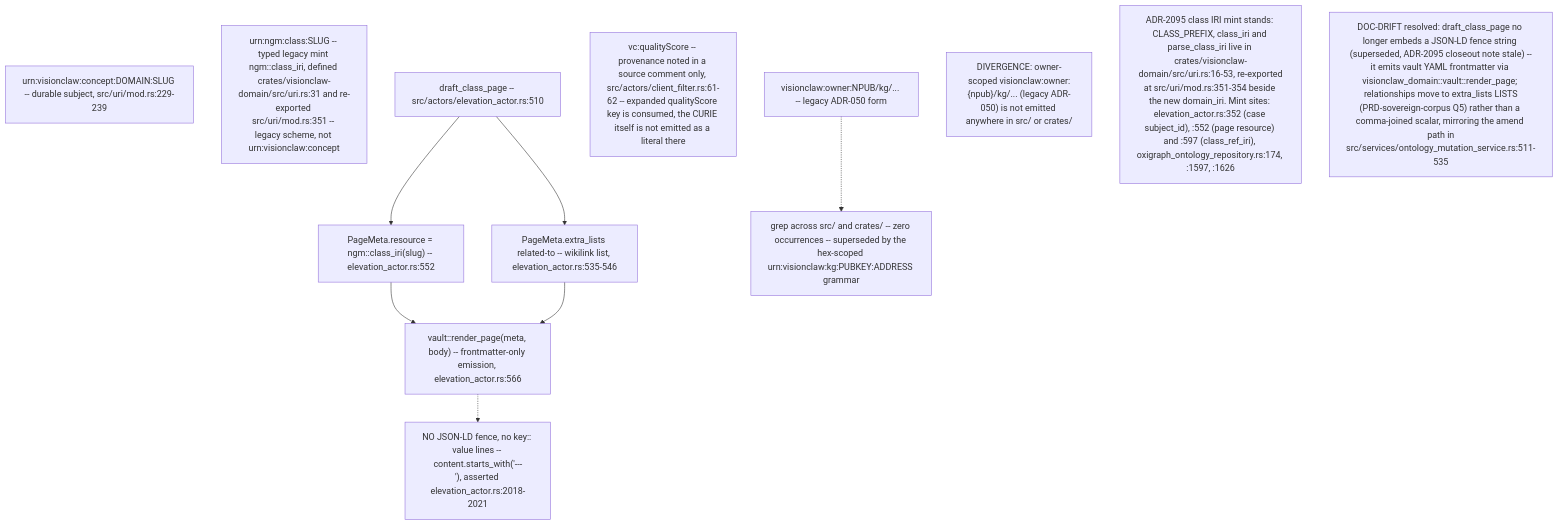
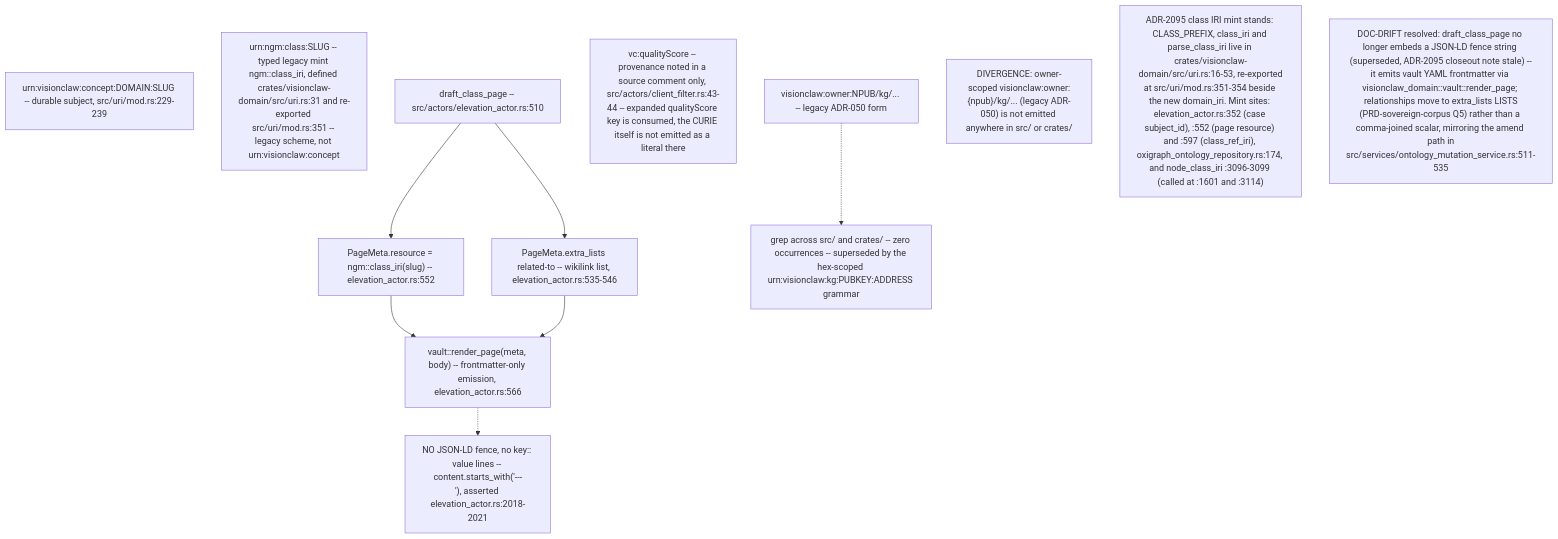
Before and after one commit to DreamLab-AI/VisionFlow: the ninth of 10 diagrams in docs/diagrams/visionclaw/23-identifiers-urn-did-sha12.md, drawn with Mermaid. The commit also changed other lines of this file and 56 other files, not shown here.

First line of the commit message:
docs(diagrams): re-verify VisionClaw topics at ec785afa9, add VC-19/56/57 and the VisionClaw register

````diff
--- a/docs/diagrams/visionclaw/23-identifiers-urn-did-sha12.md
+++ b/docs/diagrams/visionclaw/23-identifiers-urn-did-sha12.md
@@ -320,16 +328,16 @@
 ```mermaid
 flowchart TD
     Concept["urn:visionclaw:concept:DOMAIN:SLUG -- durable subject, src/uri/mod.rs:229-239"]
     LegacyClass["urn:ngm:class:SLUG -- typed legacy mint ngm::class_iri, defined crates/visionclaw-domain/src/uri.rs:31 and re-exported src/uri/mod.rs:351 -- legacy scheme, not urn:visionclaw:concept"]
     Draft["draft_class_page -- src/actors/elevation_actor.rs:510"] --> Meta["PageMeta.resource = ngm::class_iri(slug) -- elevation_actor.rs:552"]
     Draft --> Lists["PageMeta.extra_lists related-to -- wikilink list, elevation_actor.rs:535-546"]
     Meta --> Render["vault::render_page(meta, body) -- frontmatter-only emission, elevation_actor.rs:566"]
     Lists --> Render
     Render -.-> NoFence["NO JSON-LD fence, no key:: value lines -- content.starts_with('---\n'), asserted elevation_actor.rs:2018-2021"]
-    QS["vc:qualityScore -- provenance noted in a source comment only, src/actors/client_filter.rs:61-62 -- expanded qualityScore key is consumed, the CURIE itself is not emitted as a literal there"]
+    QS["vc:qualityScore -- provenance noted in a source comment only, src/actors/client_filter.rs:43-44 -- expanded qualityScore key is consumed, the CURIE itself is not emitted as a literal there"]
     OwnerScoped["visionclaw:owner:NPUB/kg/... -- legacy ADR-050 form"] -.-> Absent["grep across src/ and crates/ -- zero occurrences -- superseded by the hex-scoped urn:visionclaw:kg:PUBKEY:ADDRESS grammar"]
 
     DivB["DIVERGENCE: owner-scoped visionclaw:owner:{npub}/kg/... (legacy ADR-050) is not emitted anywhere in src/ or crates/"]
-    DriftX["ADR-2095 class IRI mint stands: CLASS_PREFIX, class_iri and parse_class_iri live in crates/visionclaw-domain/src/uri.rs:16-53, re-exported<br/>at src/uri/mod.rs:351-354 beside the new domain_iri. Mint sites: elevation_actor.rs:352 (case subject_id), :552 (page resource) and :597 (class_ref_iri), oxigraph_ontology_repository.rs:174, :1597, :1626"]
+    DriftX["ADR-2095 class IRI mint stands: CLASS_PREFIX, class_iri and parse_class_iri live in crates/visionclaw-domain/src/uri.rs:16-53, re-exported<br/>at src/uri/mod.rs:351-354 beside the new domain_iri. Mint sites: elevation_actor.rs:352 (case subject_id), :552 (page resource) and :597 (class_ref_iri), oxigraph_ontology_repository.rs:174, and node_class_iri :3096-3099 (called at :1601 and :3114)"]
     Refactor["DOC-DRIFT resolved: draft_class_page no longer embeds a JSON-LD fence string (superseded, ADR-2095 closeout note stale) --<br/>it emits vault YAML frontmatter via visionclaw_domain::vault::render_page; relationships move to extra_lists LISTS<br/>(PRD-sovereign-corpus Q5) rather than a comma-joined scalar, mirroring the amend path in<br/>src/services/ontology_mutation_service.rs:511-535"]
 ```
````
